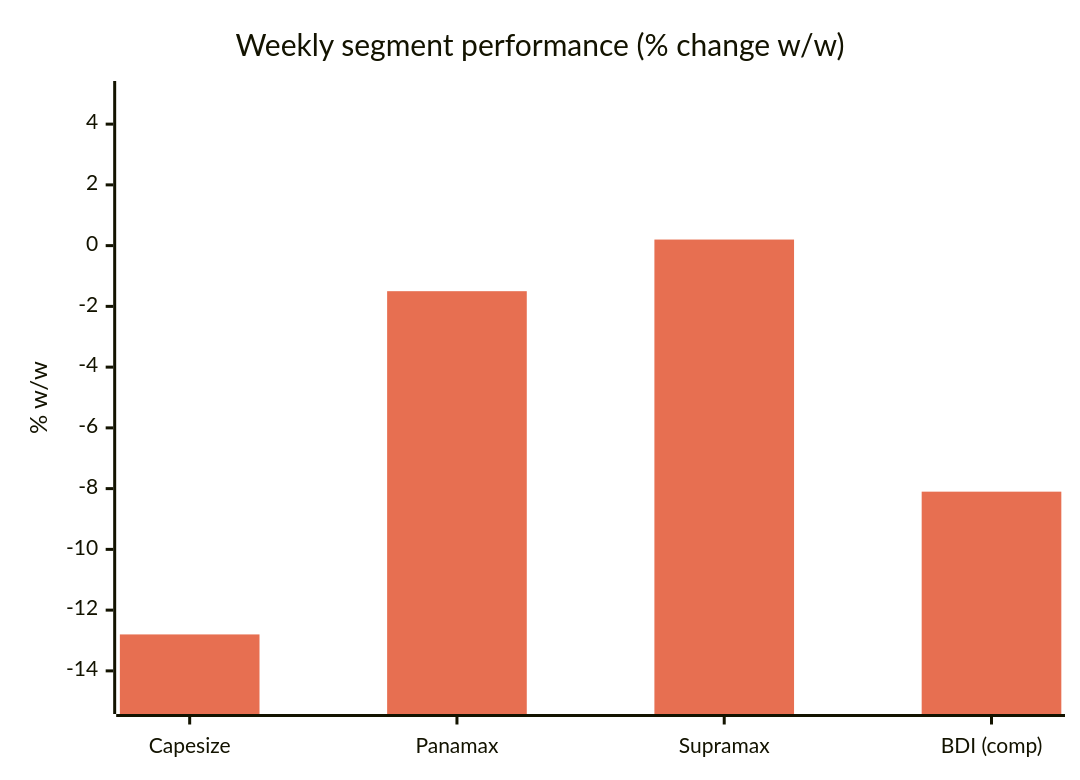
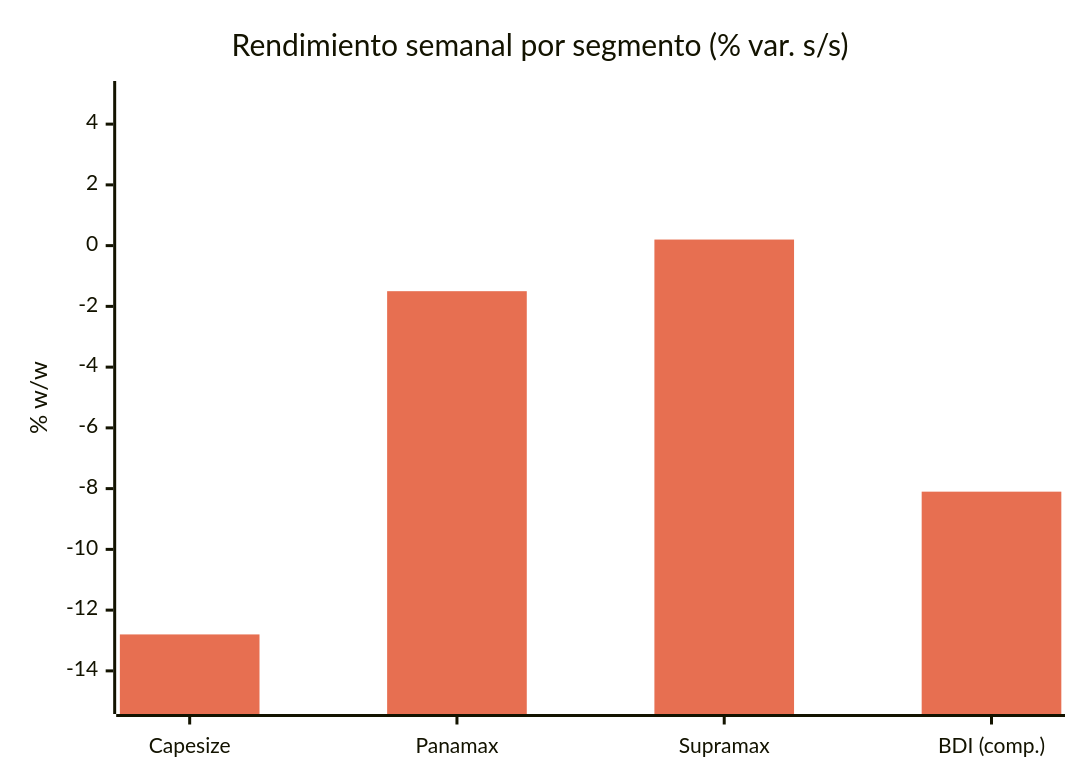
The fifth of 9 diagrams in Global-Trade-Intelligence-weekly-2026-10-05/index.es.md (dureach/research), drawn with Mermaid before and after one commit. The commit also changed other lines of this file and 13 other files, not shown here.

First line of the commit message:
Rewrite both editions: more charts per guideline (10-12: 5->10, 10-05: 4->6)

````diff
--- a/Global-Trade-Intelligence-weekly-2026-10-05/index.es.md
+++ b/Global-Trade-Intelligence-weekly-2026-10-05/index.es.md
@@ -341,8 +362,8 @@
 ```mermaid
 %%{init: {'theme': 'base', 'themeVariables': {'xyChart': {'plotColorPalette': '#e76f51'}}}}%%
 xychart-beta
-    title "Weekly segment performance (% change w/w)"
-    x-axis ["Capesize", "Panamax", "Supramax", "BDI (comp)"]
+    title "Rendimiento semanal por segmento (% var. s/s)"
+    x-axis ["Capesize", "Panamax", "Supramax", "BDI (comp.)"]
     y-axis "% w/w" -15 --> 5
     bar [-12.8, -1.5, 0.2, -8.1]
 ```
````
